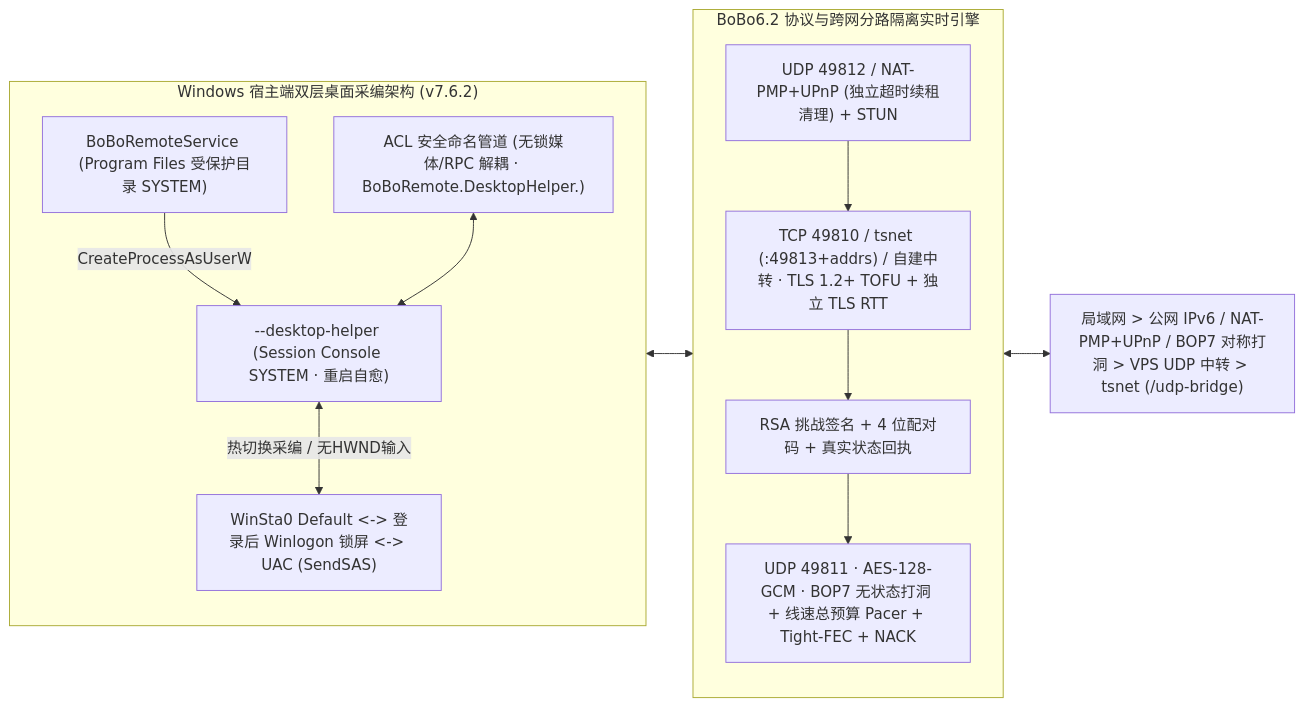
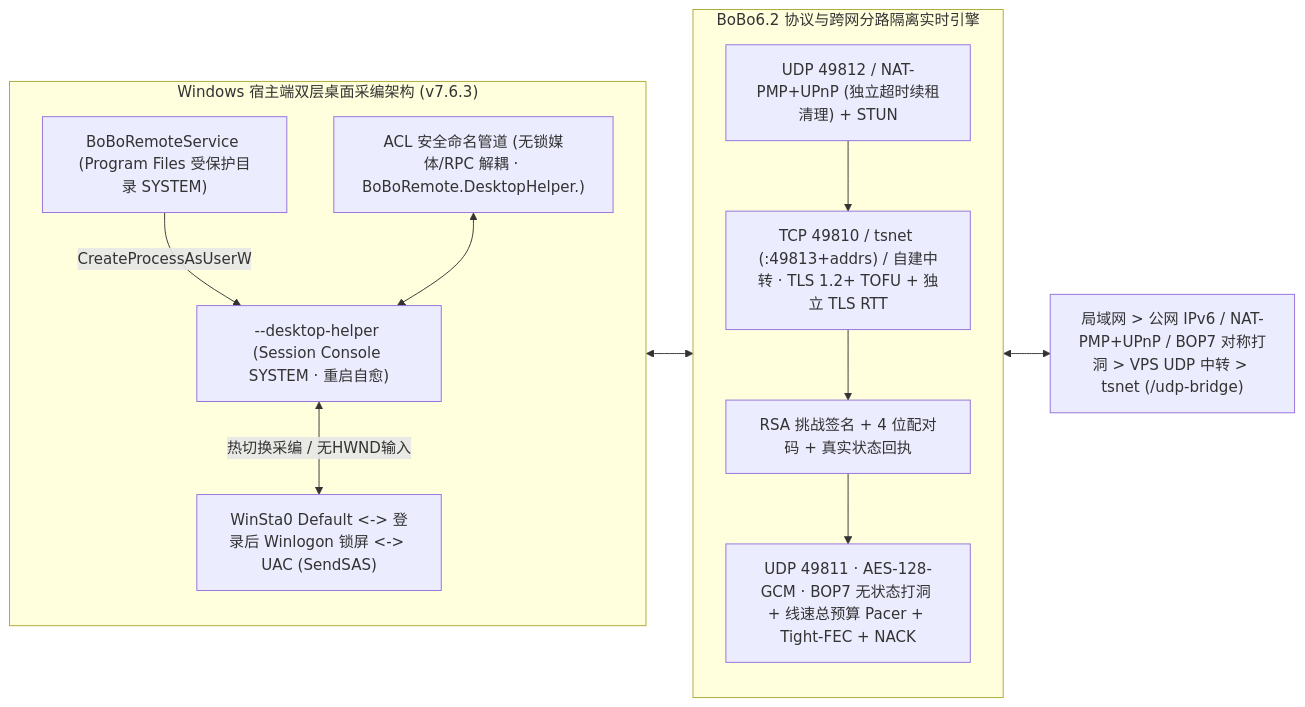
Before and after one commit to Gluxggg/BoBo-Remote: the diagram in README.md, drawn with Mermaid. The commit also changed other lines of this file and 15 other files, not shown here.

````diff
--- a/README.md
+++ b/README.md
@@ -122,27 +122,27 @@
 ```mermaid
 flowchart LR
-  subgraph WINHOST["Windows 宿主端双层桌面采编架构 (v7.6.2)"]
+  subgraph WINHOST["Windows 宿主端双层桌面采编架构 (v7.6.3)"]
     direction TB
     SVC["BoBoRemoteService (Program Files 受保护目录 SYSTEM)"]
     HLP["--desktop-helper (Session Console SYSTEM · 重启自愈)"]
     DESK["WinSta0 Default <-> 登录后 Winlogon 锁屏 <-> UAC (SendSAS)"]
     PIPE["ACL 安全命名管道 (无锁媒体/RPC 解耦 · BoBoRemote.DesktopHelper.<sid>)"]
     SVC -->|CreateProcessAsUserW| HLP
     HLP <-->|热切换采编 / 无HWND输入| DESK
     PIPE <--> HLP
   end
 
   subgraph PROTO["BoBo6.2 协议与跨网分路隔离实时引擎"]
     direction TB
     DISC["UDP 49812 / NAT-PMP+UPnP (独立超时续租清理) + STUN"]
     TLS["TCP 49810 / tsnet (:49813+addrs) / 自建中转 · TLS 1.2+ TOFU + 独立 TLS RTT"]
     AUTH["RSA 挑战签名 + 4 位配对码 + 真实状态回执"]
     UDP["UDP 49811 · AES-128-GCM · BOP7 无状态打洞 + 线速总预算 Pacer + Tight-FEC + NACK"]
     DISC --> TLS --> AUTH --> UDP
   end
 
   NET["局域网 > 公网 IPv6 / NAT-PMP+UPnP / BOP7 对称打洞 > VPS UDP 中转 > tsnet (/udp-bridge)"]
 
   WINHOST <--> PROTO
   PROTO <--> NET
 ```
````
